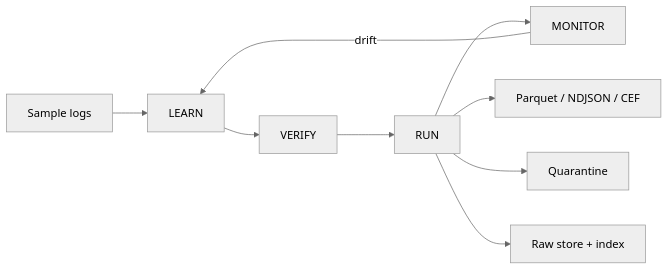
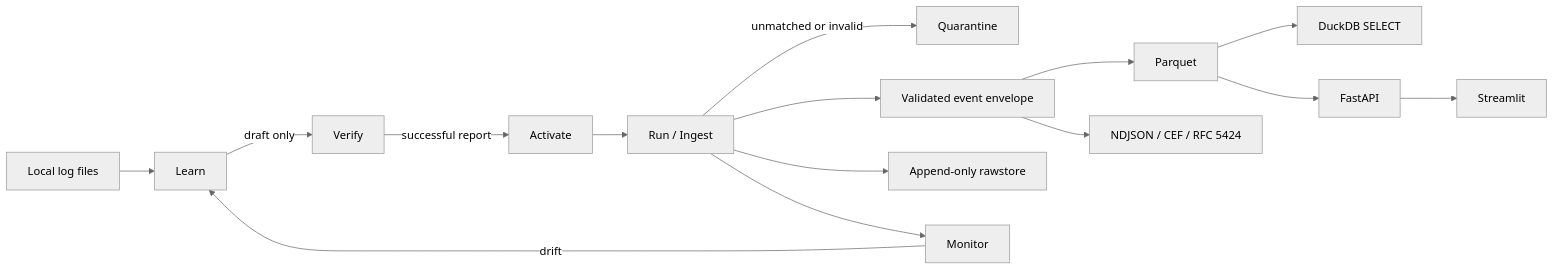
One commit to Himanshu69h/rosettalog changed the first of 3 diagrams in docs/architecture.md. Above: the diagram before and after it, drawn with Mermaid (neutral theme). The commit also changed other lines of this file and 17 other files, not shown here.

````diff
--- a/docs/architecture.md
+++ b/docs/architecture.md
@@ -7,11 +11,17 @@
 ```mermaid
 flowchart LR
-    A[Sample logs] --> B[LEARN]
-    B --> C[VERIFY]
-    C --> D[RUN]
-    D --> E[MONITOR]
-    E -->|drift| B
-    D --> F[Parquet / NDJSON / CEF]
-    D --> G[Quarantine]
-    D --> H[Raw store + index]
+    S[Local log files] --> L[Learn]
+    L -->|draft only| V[Verify]
+    V -->|successful report| A[Activate]
+    A --> R[Run / Ingest]
+    R -->|unmatched or invalid| Q[Quarantine]
+    R --> E[Validated event envelope]
+    R --> H[Append-only rawstore]
+    E --> P[Parquet]
+    E --> N[NDJSON / CEF / RFC 5424]
+    P --> D[DuckDB SELECT]
+    P --> API[FastAPI]
+    API --> UI[Streamlit]
+    R --> M[Monitor]
+    M -->|drift| L
 ```
````
